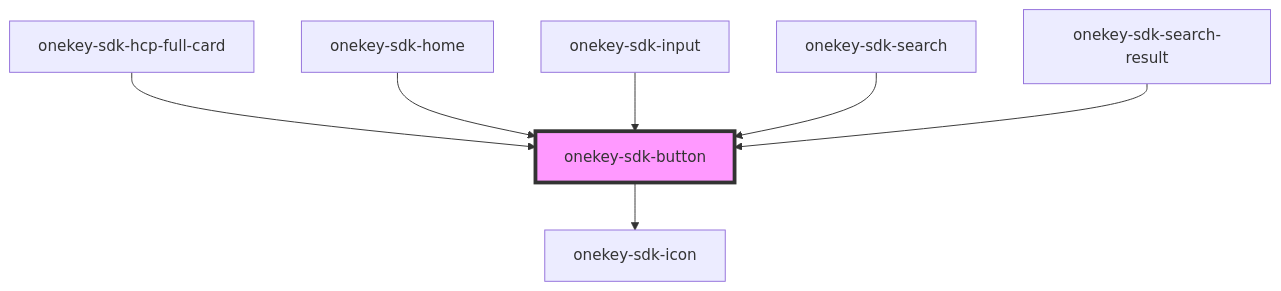
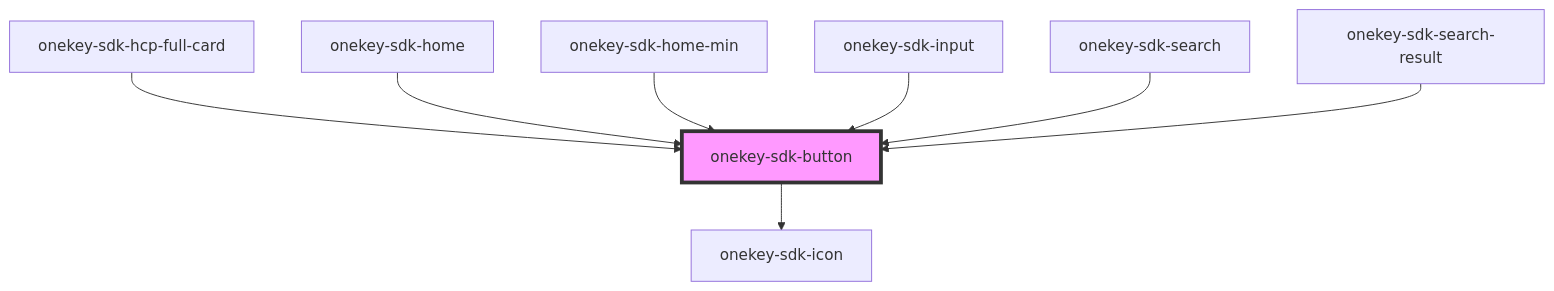
One commit to hcl-sdk/HealthCareLocatorWebSDK changed the diagram in packages/onekey-sdk-core-ui/docs/components/ui-kits/onekey-sdk-button/readme.md. Above: the diagram before and after it, drawn with Mermaid. The commit also changed other lines of this file and 6 other files, not shown here.

````diff
--- a/packages/onekey-sdk-core-ui/docs/components/ui-kits/onekey-sdk-button/readme.md
+++ b/packages/onekey-sdk-core-ui/docs/components/ui-kits/onekey-sdk-button/readme.md
@@ -41,10 +42,11 @@
 ```mermaid
 graph TD;
   onekey-sdk-button --> onekey-sdk-icon
   onekey-sdk-hcp-full-card --> onekey-sdk-button
   onekey-sdk-home --> onekey-sdk-button
+  onekey-sdk-home-min --> onekey-sdk-button
   onekey-sdk-input --> onekey-sdk-button
   onekey-sdk-search --> onekey-sdk-button
   onekey-sdk-search-result --> onekey-sdk-button
   style onekey-sdk-button fill:#f9f,stroke:#333,stroke-width:4px
 ```
````
